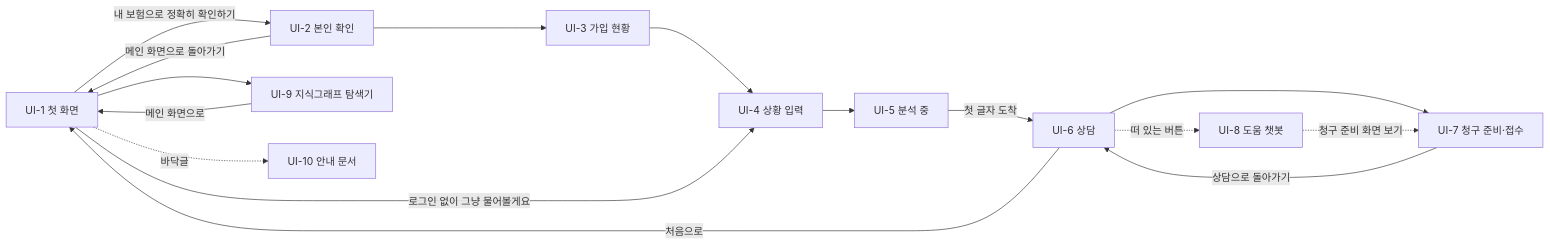
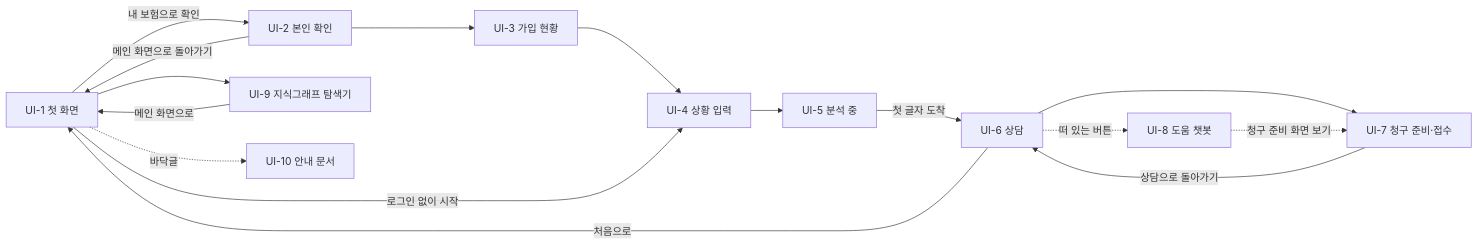
Before and after one commit to HoyoungParkme/Insurance-Helper: the diagram in docs/specs/07-UI/INS-UI-003.md, drawn with Mermaid. The commit also changed other lines of this file, not shown here.

````diff
--- a/docs/specs/07-UI/INS-UI-003.md
+++ b/docs/specs/07-UI/INS-UI-003.md
@@ -573,18 +593,18 @@
 ```mermaid
 flowchart LR
-    UI1["UI-1 첫 화면"] -->|내 보험으로 정확히 확인하기| UI2["UI-2 본인 확인"]
+    UI1["UI-1 첫 화면"] -->|내 보험으로 확인| UI2["UI-2 본인 확인"]
     UI2 -->|메인 화면으로 돌아가기| UI1
     UI2 --> UI3["UI-3 가입 현황"]
     UI3 --> UI4["UI-4 상황 입력"]
-    UI1 -->|로그인 없이 그냥 물어볼게요| UI4
+    UI1 -->|로그인 없이 시작| UI4
     UI4 --> UI5["UI-5 분석 중"]
     UI5 -->|첫 글자 도착| UI6["UI-6 상담"]
     UI6 --> UI7["UI-7 청구 준비·접수"]
     UI7 -->|상담으로 돌아가기| UI6
     UI6 -->|처음으로| UI1
     UI1 --> UI9["UI-9 지식그래프 탐색기"]
     UI9 -->|메인 화면으로| UI1
     UI1 -.->|바닥글| UI10["UI-10 안내 문서"]
     UI6 -.->|떠 있는 버튼| UI8["UI-8 도움 챗봇"]
     UI8 -.->|청구 준비 화면 보기| UI7
 ```
````
